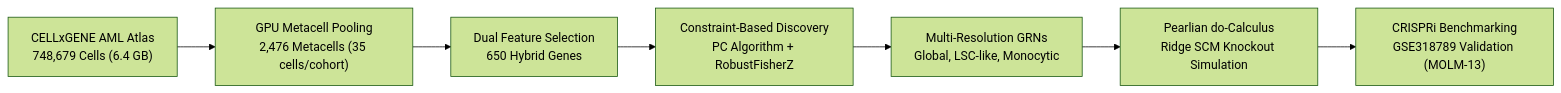
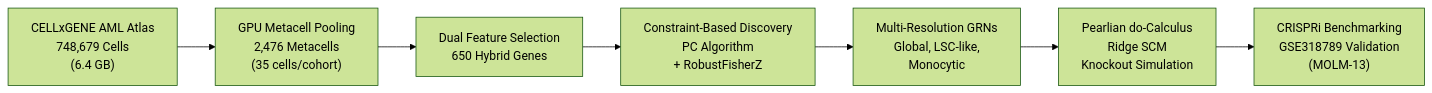
One commit to Saeed8997/aml-lncrna-causal-atlas changed the diagram in README.md. Above: the diagram before and after it, drawn with Mermaid (forest theme).

Commit message:
docs: insert HTML line breaks into flowchart nodes to prevent text overflow

````diff
--- a/README.md
+++ b/README.md
@@ -40,9 +40,9 @@
 ```mermaid
 flowchart LR
-    A["CELLxGENE AML Atlas<br>748,679 Cells (6.4 GB)"] --> B["GPU Metacell Pooling<br>2,476 Metacells (35 cells/cohort)"]
+    A["CELLxGENE AML Atlas<br>748,679 Cells<br>(6.4 GB)"] --> B["GPU Metacell Pooling<br>2,476 Metacells<br>(35 cells/cohort)"]
     B --> C["Dual Feature Selection<br>650 Hybrid Genes"]
-    C --> D["Constraint-Based Discovery<br>PC Algorithm + RobustFisherZ"]
-    D --> E["Multi-Resolution GRNs<br>Global, LSC-like, Monocytic"]
-    E --> F["Pearlian do-Calculus<br>Ridge SCM Knockout Simulation"]
-    F --> G["CRISPRi Benchmarking<br>GSE318789 Validation (MOLM-13)"]
+    C --> D["Constraint-Based Discovery<br>PC Algorithm<br>+ RobustFisherZ"]
+    D --> E["Multi-Resolution GRNs<br>Global, LSC-like,<br>Monocytic"]
+    E --> F["Pearlian do-Calculus<br>Ridge SCM<br>Knockout Simulation"]
+    F --> G["CRISPRi Benchmarking<br>GSE318789 Validation<br>(MOLM-13)"]
 ```
````
